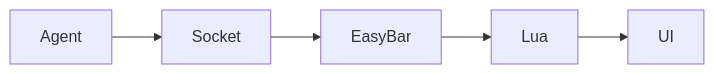
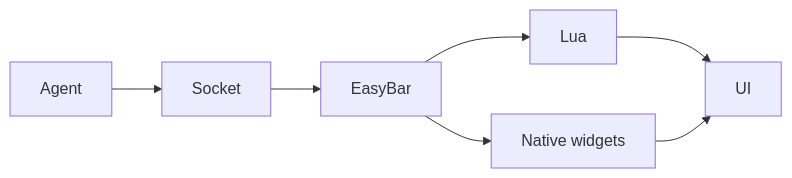
One commit to gi8lino/easybar changed the diagram in docs/content/internals/agents/debugging.md. Above: the diagram before and after it, drawn with Mermaid. The commit also changed other lines of this file and 2 other files, not shown here.

````diff
--- a/docs/content/internals/agents/debugging.md
+++ b/docs/content/internals/agents/debugging.md
@@ -146,7 +260,9 @@
 ```mermaid
 flowchart LR
     Agent["Agent"] --> Socket["Socket"]
     Socket --> EasyBar["EasyBar"]
     EasyBar --> Lua["Lua"]
+    EasyBar --> Native["Native widgets"]
     Lua --> UI["UI"]
+    Native --> UI
 ```
````
